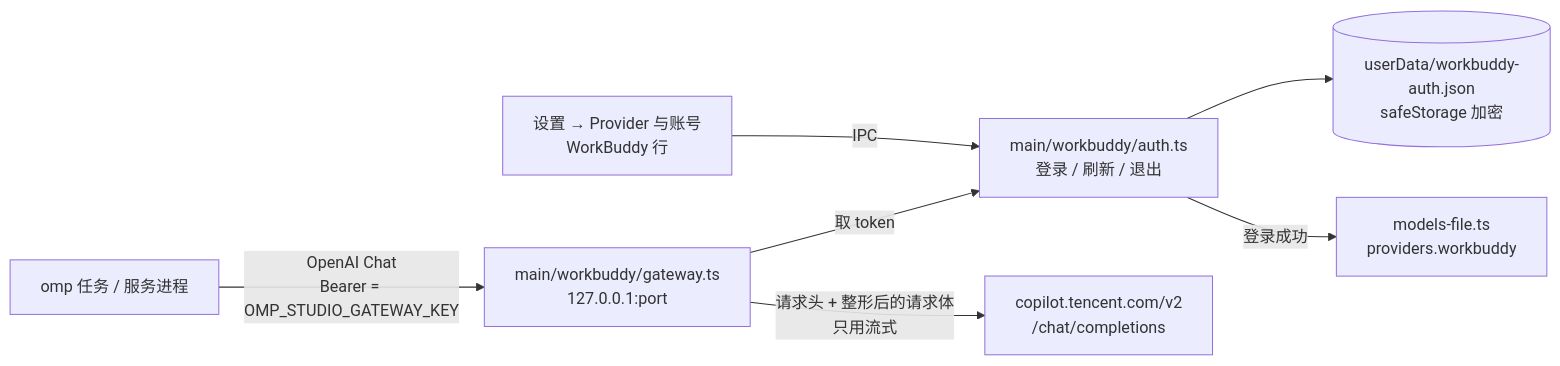
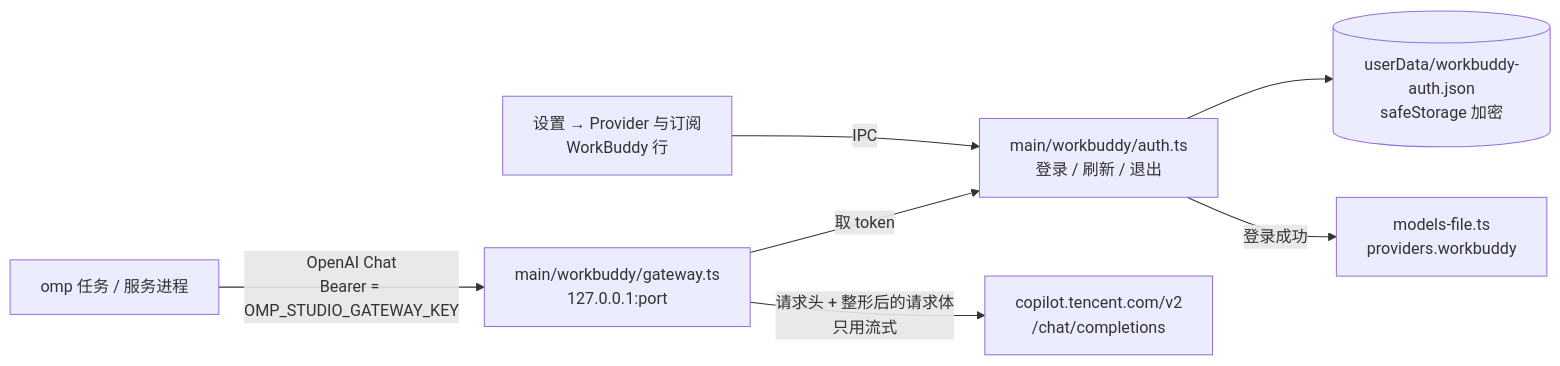
The diagram in docs/architecture/workbuddy-plan.md (DawnJson/omp-studio), drawn with Mermaid before and after one commit. The commit also changed other lines of this file and 29 other files, not shown here.

Commit message:
feat: 设置各节改格子排法、集成改卡片；Provider 与账号改名 Provider 与订阅，卡片显示 provider logo

````diff
--- a/docs/architecture/workbuddy-plan.md
+++ b/docs/architecture/workbuddy-plan.md
@@ -23,9 +23,9 @@
 ```mermaid
 flowchart LR
-  UI[设置 → Provider 与账号<br/>WorkBuddy 行] -->|IPC| Auth[main/workbuddy/auth.ts<br/>登录 / 刷新 / 退出]
+  UI[设置 → Provider 与订阅<br/>WorkBuddy 行] -->|IPC| Auth[main/workbuddy/auth.ts<br/>登录 / 刷新 / 退出]
   Auth --> Store[(userData/workbuddy-auth.json<br/>safeStorage 加密)]
   Auth -->|登录成功| Models[models-file.ts<br/>providers.workbuddy]
   Omp[omp 任务 / 服务进程] -->|OpenAI Chat<br/>Bearer = OMP_STUDIO_GATEWAY_KEY| GW[main/workbuddy/gateway.ts<br/>127.0.0.1:port]
   GW -->|取 token| Auth
   GW -->|请求头 + 整形后的请求体<br/>只用流式| WB[copilot.tencent.com/v2<br/>/chat/completions]
 ```
````
